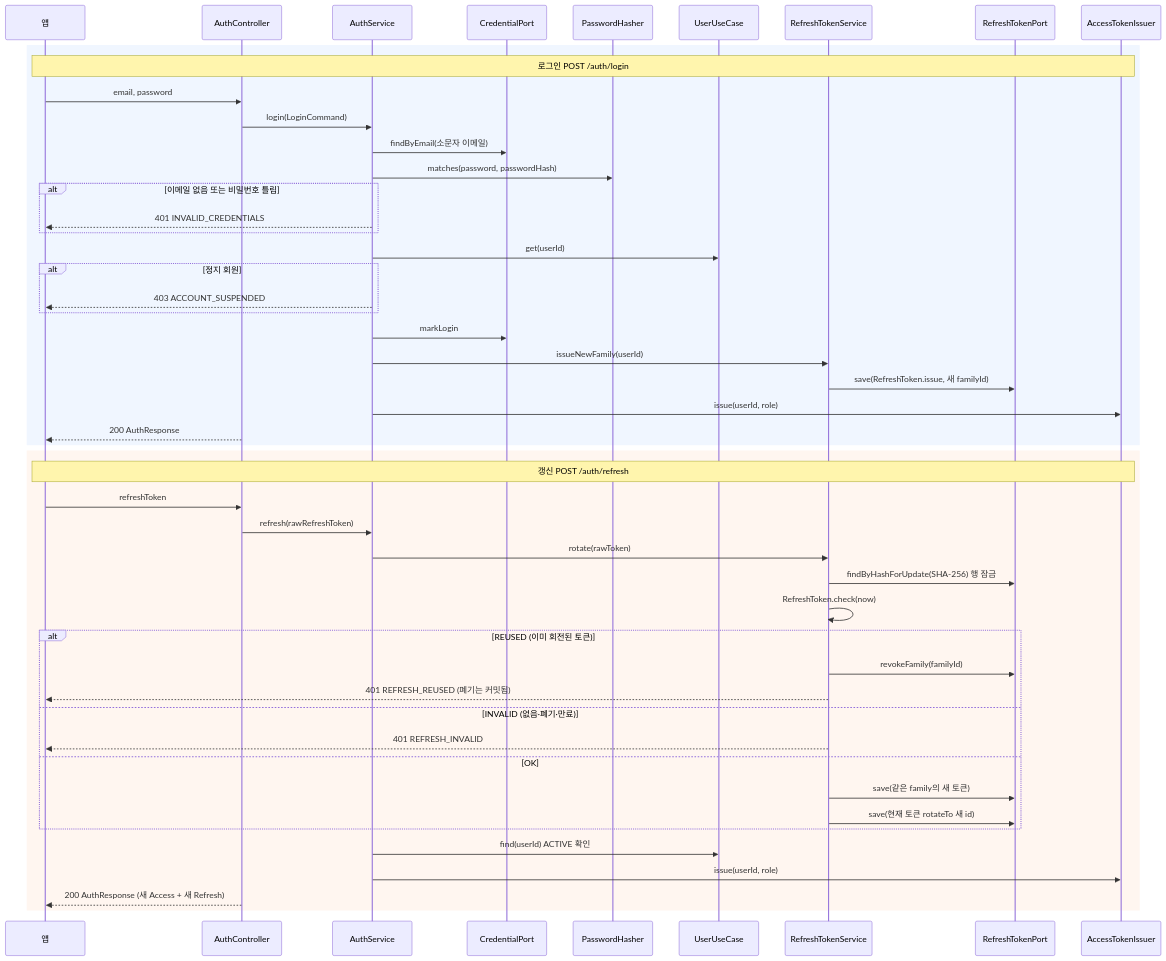
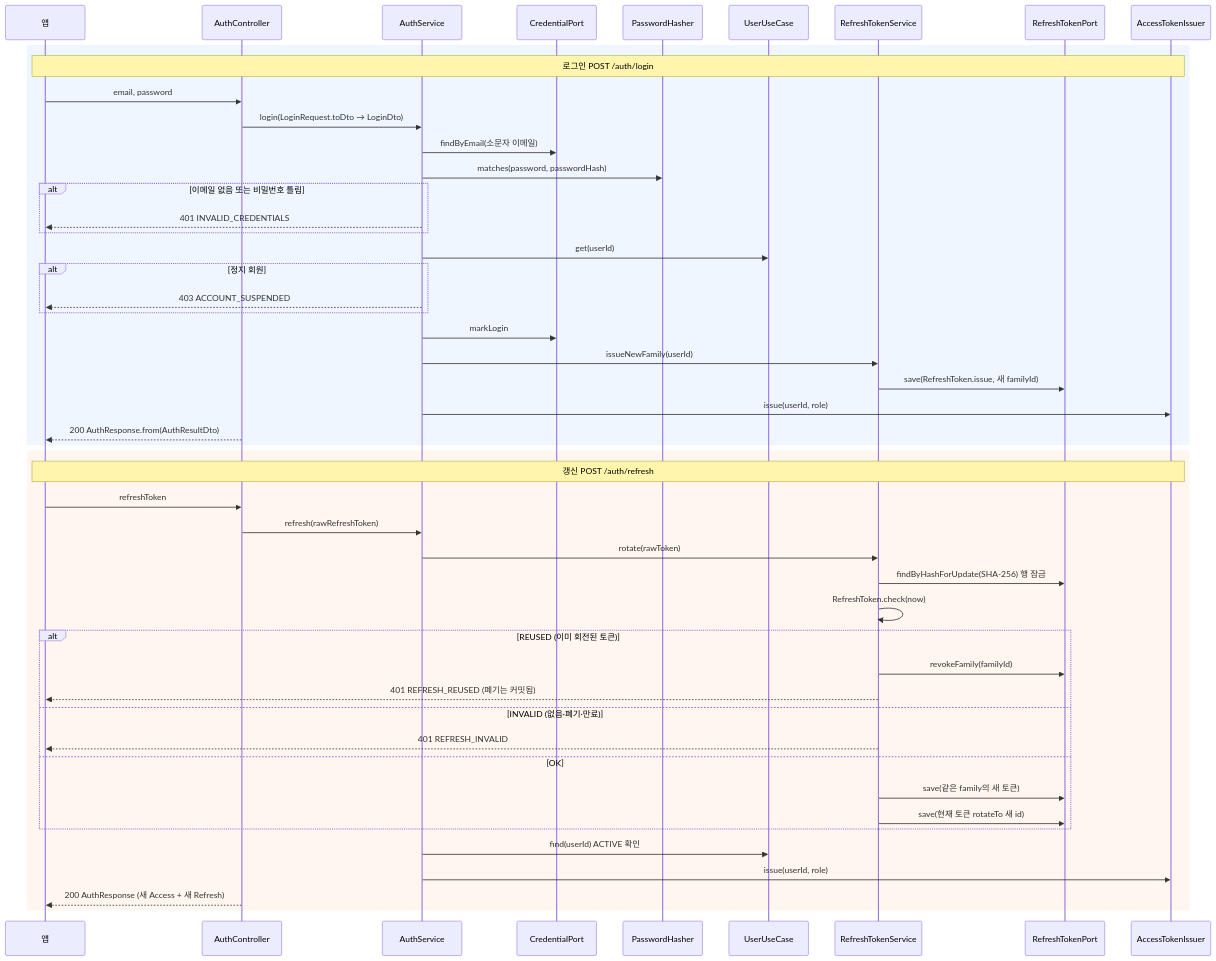
Before and after one commit to showzone83/wearly: the fourth of 10 diagrams in doc/10_백엔드_흐름.md, drawn with Mermaid. The commit also changed other lines of this file and 2 other files, not shown here.

````diff
--- a/doc/10_백엔드_흐름.md
+++ b/doc/10_백엔드_흐름.md
@@ -194,53 +204,53 @@
 ```mermaid
 sequenceDiagram
   participant C as 앱
   participant AC as AuthController
   participant AS as AuthService
   participant CP as CredentialPort
   participant PH as PasswordHasher
   participant US as UserUseCase
   participant RS as RefreshTokenService
   participant RP as RefreshTokenPort
   participant AT as AccessTokenIssuer
 
   rect rgb(240, 246, 255)
   Note over C,AT: 로그인 POST /auth/login
   C->>AC: email, password
-  AC->>AS: login(LoginCommand)
+  AC->>AS: login(LoginRequest.toDto → LoginDto)
   AS->>CP: findByEmail(소문자 이메일)
   AS->>PH: matches(password, passwordHash)
   alt 이메일 없음 또는 비밀번호 틀림
     AS-->>C: 401 INVALID_CREDENTIALS
   end
   AS->>US: get(userId)
   alt 정지 회원
     AS-->>C: 403 ACCOUNT_SUSPENDED
   end
   AS->>CP: markLogin
   AS->>RS: issueNewFamily(userId)
   RS->>RP: save(RefreshToken.issue, 새 familyId)
   AS->>AT: issue(userId, role)
-  AC-->>C: 200 AuthResponse
+  AC-->>C: 200 AuthResponse.from(AuthResultDto)
   end
 
   rect rgb(255, 246, 240)
   Note over C,AT: 갱신 POST /auth/refresh
   C->>AC: refreshToken
   AC->>AS: refresh(rawRefreshToken)
   AS->>RS: rotate(rawToken)
   RS->>RP: findByHashForUpdate(SHA-256) 행 잠금
   RS->>RS: RefreshToken.check(now)
   alt REUSED (이미 회전된 토큰)
     RS->>RP: revokeFamily(familyId)
     RS-->>C: 401 REFRESH_REUSED (폐기는 커밋됨)
   else INVALID (없음·폐기·만료)
     RS-->>C: 401 REFRESH_INVALID
   else OK
     RS->>RP: save(같은 family의 새 토큰)
     RS->>RP: save(현재 토큰 rotateTo 새 id)
   end
   AS->>US: find(userId) ACTIVE 확인
   AS->>AT: issue(userId, role)
   AC-->>C: 200 AuthResponse (새 Access + 새 Refresh)
   end
 ```
````
